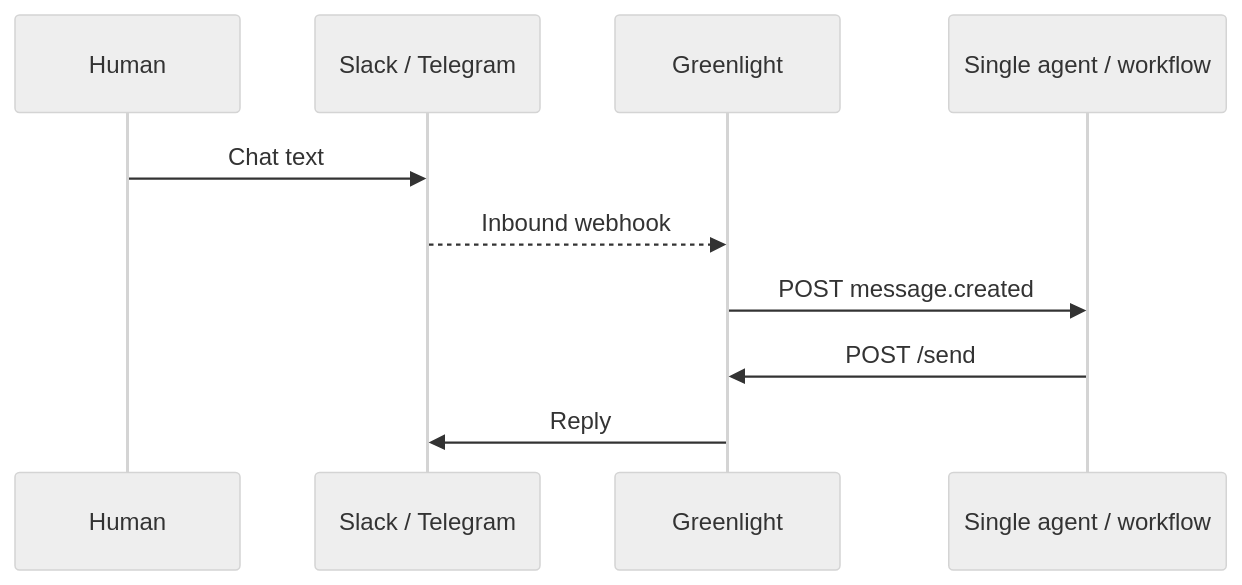
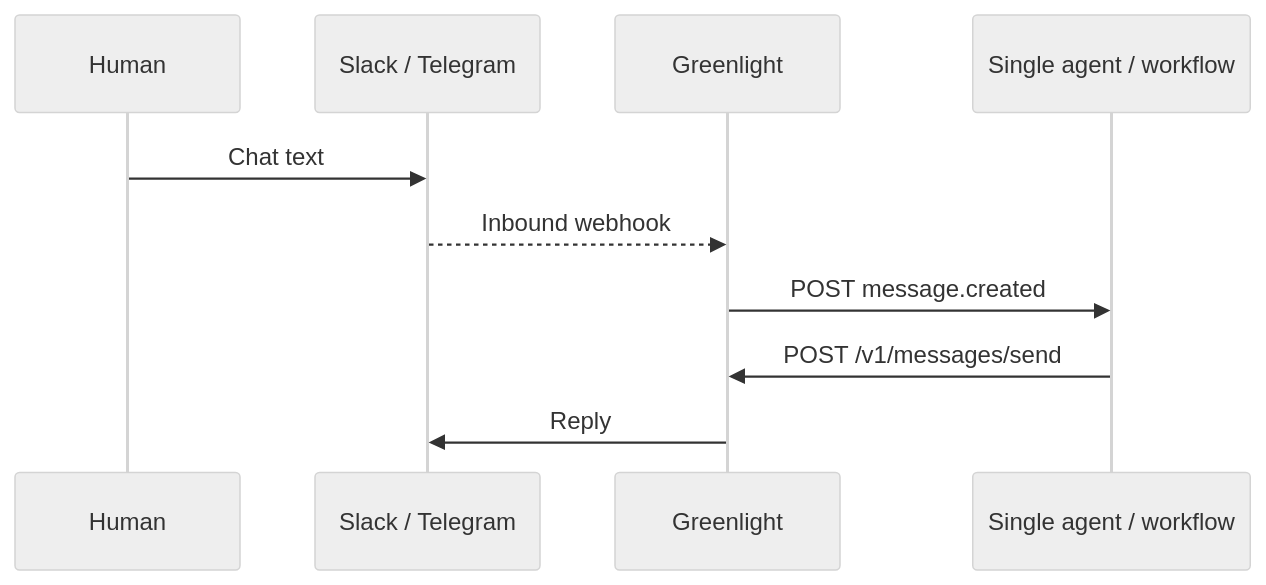
Before and after one commit to HashTerm/greenlight: the second of 2 diagrams in docs-site/content/getting-started/features.mdx, drawn with Mermaid. The commit also changed other lines of this file and 40 other files, not shown here.

First line of the commit message:
feat: REST v1 agent API for channels, prompts, and messages

````diff
--- a/docs-site/content/getting-started/features.mdx
+++ b/docs-site/content/getting-started/features.mdx
@@ -85,13 +85,13 @@
 ```mermaid
 %%{init: {'theme': 'neutral'}}%%
 sequenceDiagram
   participant Human
   participant Chat as Slack / Telegram
   participant Greenlight
   participant Agent as Single agent / workflow
   Human->>Chat: Chat text
   Chat-->>Greenlight: Inbound webhook
   Greenlight->>Agent: POST message.created
-  Agent->>Greenlight: POST /send
+  Agent->>Greenlight: POST /v1/messages/send
   Greenlight->>Chat: Reply
 ```
````
